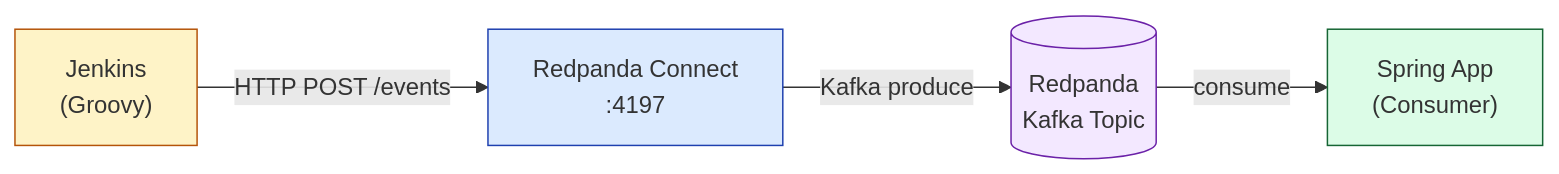
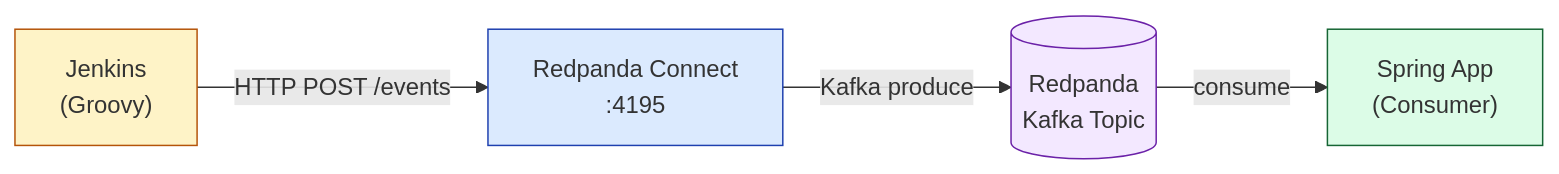
Before and after one commit to scofe97/Redpanda-PlayGround: the diagram in docs/patterns/06-redpanda-connect.md, drawn with Mermaid. The commit also changed other lines of this file and 20 other files, not shown here.

````diff
--- a/docs/patterns/06-redpanda-connect.md
+++ b/docs/patterns/06-redpanda-connect.md
@@ -13,16 +13,16 @@
 ```mermaid
 flowchart LR
     J["Jenkins\n(Groovy)"]
-    C["Redpanda Connect\n:4197"]
+    C["Redpanda Connect\n:4195"]
     K[("Redpanda\nKafka Topic")]
     S["Spring App\n(Consumer)"]
 
     J -->|"HTTP POST /events"| C
     C -->|"Kafka produce"| K
     K -->|"consume"| S
 
     style J fill:#fef3c7,stroke:#b45309,color:#333
     style C fill:#dbeafe,stroke:#1e40af,color:#333
     style K fill:#f3e8ff,stroke:#6b21a8,color:#333
     style S fill:#dcfce7,stroke:#166534,color:#333
 ```
````
